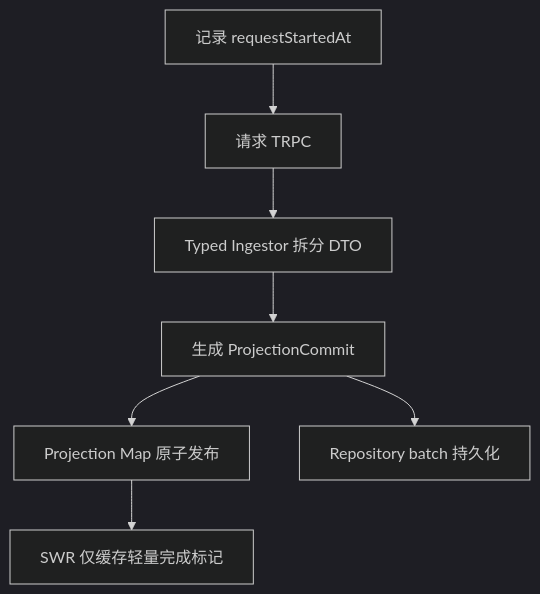
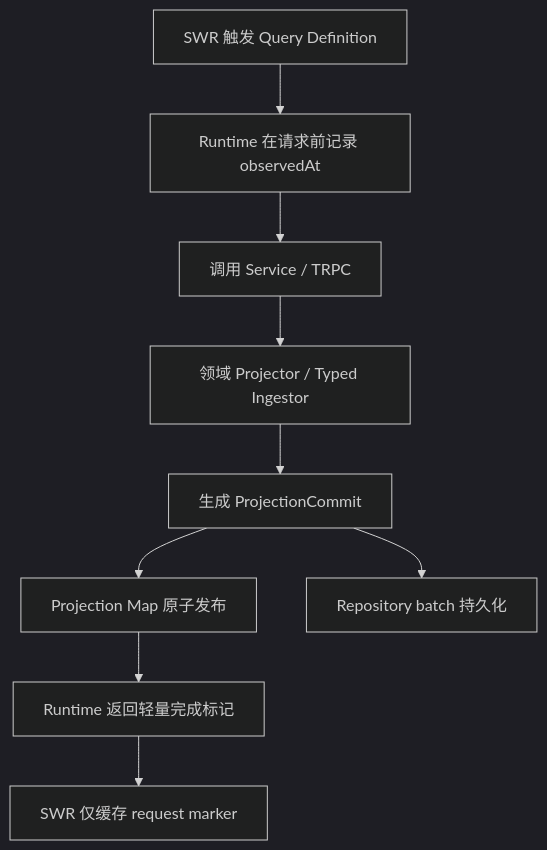
One commit to lobehub/lobehub changed the fourth of 5 diagrams in docs/development/state-management/projection-store.zh-CN.md. Above: the diagram before and after it, drawn with Mermaid (dark theme). The commit also changed other lines of this file and 548 other files, not shown here.

Commit message:
Refactor application architecture and remove obsolete code

````diff
--- a/docs/development/state-management/projection-store.zh-CN.md
+++ b/docs/development/state-management/projection-store.zh-CN.md
@@ -452,9 +456,11 @@
 ```mermaid
 flowchart TD
-  A["记录 requestStartedAt"] --> B["请求 TRPC"]
-  B --> C["Typed Ingestor 拆分 DTO"]
-  C --> D["生成 ProjectionCommit"]
-  D --> E["Projection Map 原子发布"]
-  D --> F["Repository batch 持久化"]
-  E --> G["SWR 仅缓存轻量完成标记"]
+  A["SWR 触发 Query Definition"] --> B["Runtime 在请求前记录 observedAt"]
+  B --> C["调用 Service / TRPC"]
+  C --> D["领域 Projector / Typed Ingestor"]
+  D --> E["生成 ProjectionCommit"]
+  E --> F["Projection Map 原子发布"]
+  E --> G["Repository batch 持久化"]
+  F --> H["Runtime 返回轻量完成标记"]
+  H --> I["SWR 仅缓存 request marker"]
 ```
````
